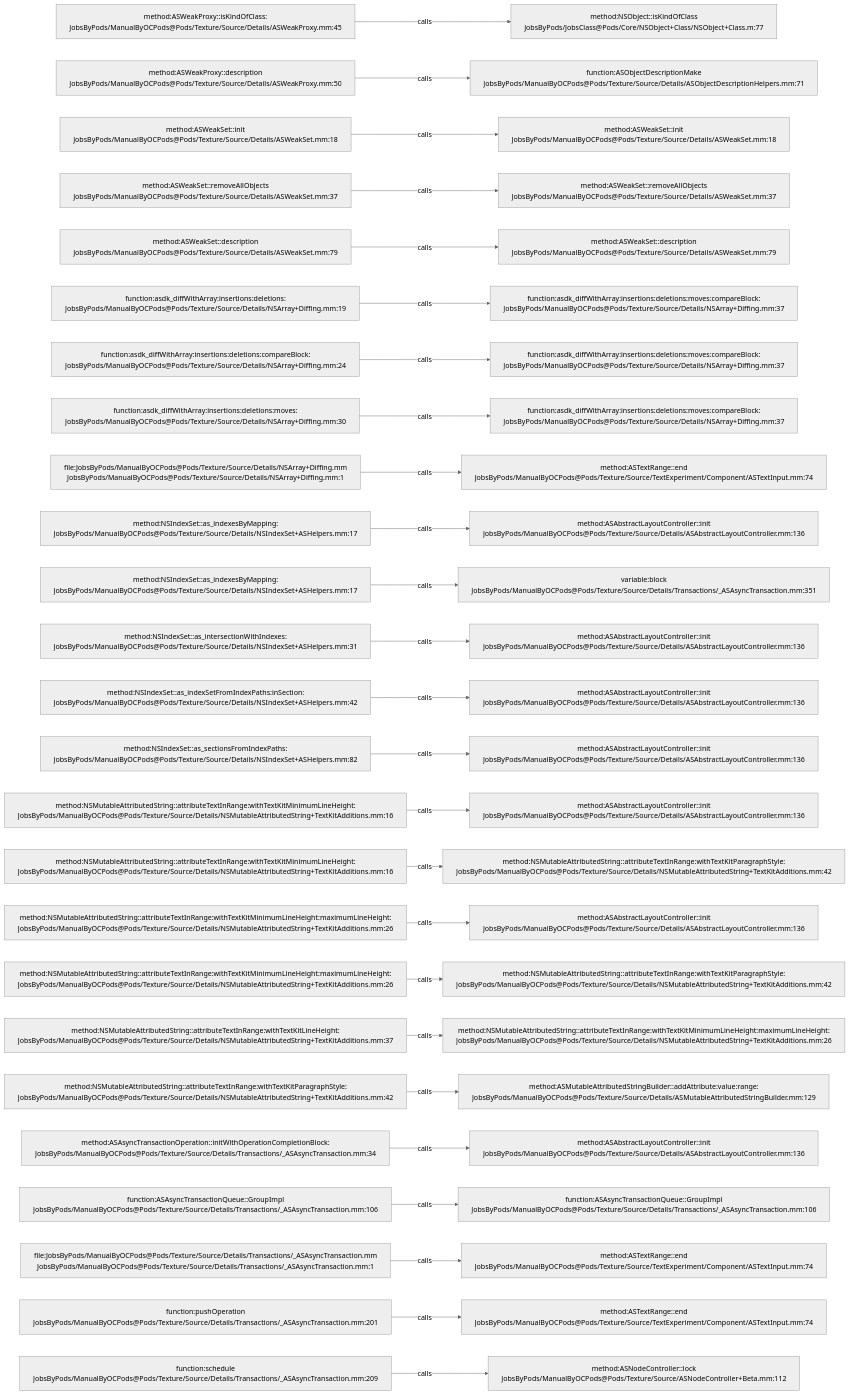
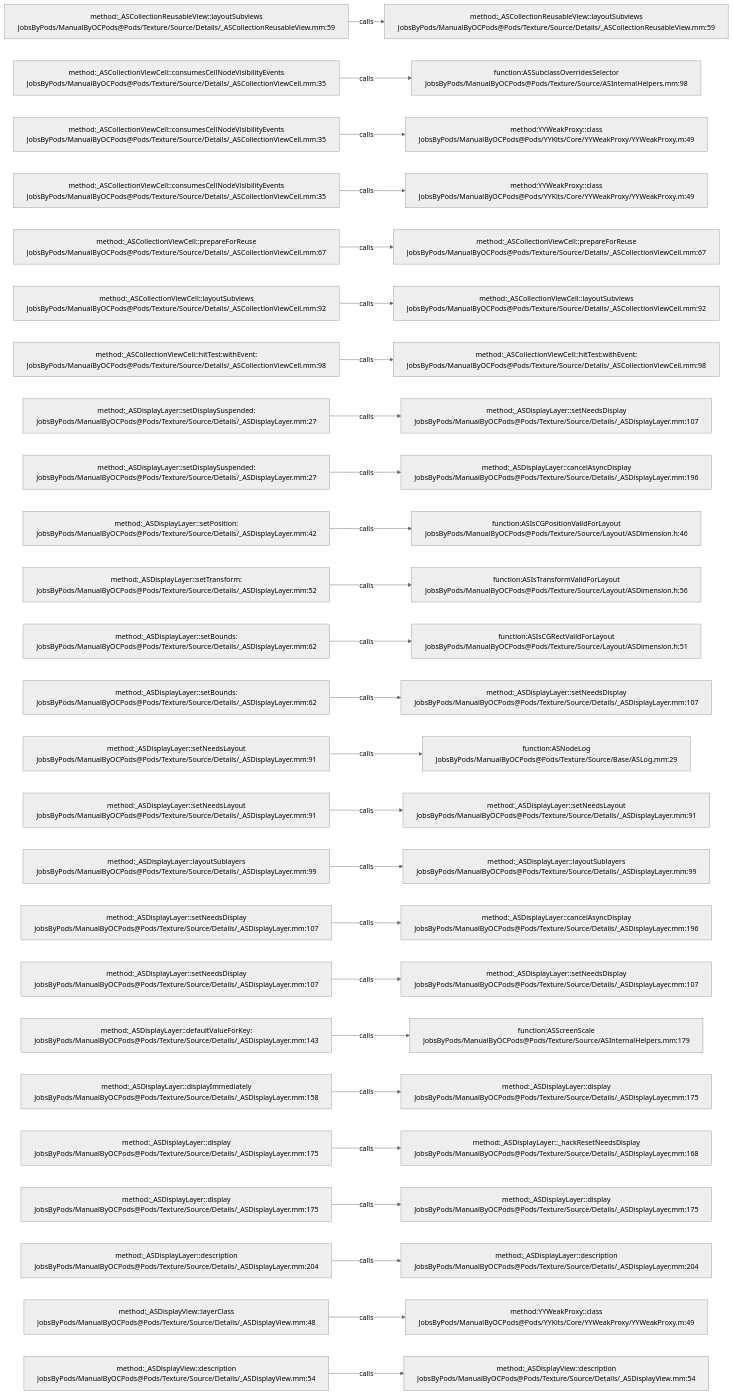
Before and after one commit to JobsKits/JobsOCBaseConfigDemo: the diagram in .codegraph/codegraph.md/graphs/calls-169.md, drawn with Mermaid (neutral theme). The commit also changed 1353 other files, not shown here.

````diff
--- a/.codegraph/codegraph.md/graphs/calls-169.md
+++ b/.codegraph/codegraph.md/graphs/calls-169.md
@@ -13,78 +13,78 @@
 ```mermaid
 flowchart LR
-  S1["method:ASWeakProxy::isKindOfClass:<br/>JobsByPods/ManualByOCPods@Pods/Texture/Source/Details/ASWeakProxy.mm:45"]
-  T1["method:NSObject::isKindOfClass<br/>JobsByPods/JobsClass@Pods/Core/NSObject+Class/NSObject+Class.m:77"]
+  S1["method:_ASCollectionReusableView::layoutSubviews<br/>JobsByPods/ManualByOCPods@Pods/Texture/Source/Details/_ASCollectionReusableView.mm:59"]
+  T1["method:_ASCollectionReusableView::layoutSubviews<br/>JobsByPods/ManualByOCPods@Pods/Texture/Source/Details/_ASCollectionReusableView.mm:59"]
   S1 -->|calls| T1
-  S2["method:ASWeakProxy::description<br/>JobsByPods/ManualByOCPods@Pods/Texture/Source/Details/ASWeakProxy.mm:50"]
-  T2["function:ASObjectDescriptionMake<br/>JobsByPods/ManualByOCPods@Pods/Texture/Source/Details/ASObjectDescriptionHelpers.mm:71"]
+  S2["method:_ASCollectionViewCell::consumesCellNodeVisibilityEvents<br/>JobsByPods/ManualByOCPods@Pods/Texture/Source/Details/_ASCollectionViewCell.mm:35"]
+  T2["function:ASSubclassOverridesSelector<br/>JobsByPods/ManualByOCPods@Pods/Texture/Source/ASInternalHelpers.mm:98"]
   S2 -->|calls| T2
-  S3["method:ASWeakSet::init<br/>JobsByPods/ManualByOCPods@Pods/Texture/Source/Details/ASWeakSet.mm:18"]
-  T3["method:ASWeakSet::init<br/>JobsByPods/ManualByOCPods@Pods/Texture/Source/Details/ASWeakSet.mm:18"]
+  S3["method:_ASCollectionViewCell::consumesCellNodeVisibilityEvents<br/>JobsByPods/ManualByOCPods@Pods/Texture/Source/Details/_ASCollectionViewCell.mm:35"]
+  T3["method:YYWeakProxy::class<br/>JobsByPods/ManualByOCPods@Pods/YYKits/Core/YYWeakProxy/YYWeakProxy.m:49"]
   S3 -->|calls| T3
-  S4["method:ASWeakSet::removeAllObjects<br/>JobsByPods/ManualByOCPods@Pods/Texture/Source/Details/ASWeakSet.mm:37"]
-  T4["method:ASWeakSet::removeAllObjects<br/>JobsByPods/ManualByOCPods@Pods/Texture/Source/Details/ASWeakSet.mm:37"]
+  S4["method:_ASCollectionViewCell::consumesCellNodeVisibilityEvents<br/>JobsByPods/ManualByOCPods@Pods/Texture/Source/Details/_ASCollectionViewCell.mm:35"]
+  T4["method:YYWeakProxy::class<br/>JobsByPods/ManualByOCPods@Pods/YYKits/Core/YYWeakProxy/YYWeakProxy.m:49"]
   S4 -->|calls| T4
-  S5["method:ASWeakSet::description<br/>JobsByPods/ManualByOCPods@Pods/Texture/Source/Details/ASWeakSet.mm:79"]
-  T5["method:ASWeakSet::description<br/>JobsByPods/ManualByOCPods@Pods/Texture/Source/Details/ASWeakSet.mm:79"]
+  S5["method:_ASCollectionViewCell::prepareForReuse<br/>JobsByPods/ManualByOCPods@Pods/Texture/Source/Details/_ASCollectionViewCell.mm:67"]
+  T5["method:_ASCollectionViewCell::prepareForReuse<br/>JobsByPods/ManualByOCPods@Pods/Texture/Source/Details/_ASCollectionViewCell.mm:67"]
   S5 -->|calls| T5
-  S6["function:asdk_diffWithArray:insertions:deletions:<br/>JobsByPods/ManualByOCPods@Pods/Texture/Source/Details/NSArray+Diffing.mm:19"]
-  T6["function:asdk_diffWithArray:insertions:deletions:moves:compareBlock:<br/>JobsByPods/ManualByOCPods@Pods/Texture/Source/Details/NSArray+Diffing.mm:37"]
+  S6["method:_ASCollectionViewCell::layoutSubviews<br/>JobsByPods/ManualByOCPods@Pods/Texture/Source/Details/_ASCollectionViewCell.mm:92"]
+  T6["method:_ASCollectionViewCell::layoutSubviews<br/>JobsByPods/ManualByOCPods@Pods/Texture/Source/Details/_ASCollectionViewCell.mm:92"]
   S6 -->|calls| T6
-  S7["function:asdk_diffWithArray:insertions:deletions:compareBlock:<br/>JobsByPods/ManualByOCPods@Pods/Texture/Source/Details/NSArray+Diffing.mm:24"]
-  T7["function:asdk_diffWithArray:insertions:deletions:moves:compareBlock:<br/>JobsByPods/ManualByOCPods@Pods/Texture/Source/Details/NSArray+Diffing.mm:37"]
+  S7["method:_ASCollectionViewCell::hitTest:withEvent:<br/>JobsByPods/ManualByOCPods@Pods/Texture/Source/Details/_ASCollectionViewCell.mm:98"]
+  T7["method:_ASCollectionViewCell::hitTest:withEvent:<br/>JobsByPods/ManualByOCPods@Pods/Texture/Source/Details/_ASCollectionViewCell.mm:98"]
   S7 -->|calls| T7
-  S8["function:asdk_diffWithArray:insertions:deletions:moves:<br/>JobsByPods/ManualByOCPods@Pods/Texture/Source/Details/NSArray+Diffing.mm:30"]
-  T8["function:asdk_diffWithArray:insertions:deletions:moves:compareBlock:<br/>JobsByPods/ManualByOCPods@Pods/Texture/Source/Details/NSArray+Diffing.mm:37"]
+  S8["method:_ASDisplayLayer::setDisplaySuspended:<br/>JobsByPods/ManualByOCPods@Pods/Texture/Source/Details/_ASDisplayLayer.mm:27"]
+  T8["method:_ASDisplayLayer::setNeedsDisplay<br/>JobsByPods/ManualByOCPods@Pods/Texture/Source/Details/_ASDisplayLayer.mm:107"]
   S8 -->|calls| T8
-  S9["file:JobsByPods/ManualByOCPods@Pods/Texture/Source/Details/NSArray+Diffing.mm<br/>JobsByPods/ManualByOCPods@Pods/Texture/Source/Details/NSArray+Diffing.mm:1"]
-  T9["method:ASTextRange::end<br/>JobsByPods/ManualByOCPods@Pods/Texture/Source/TextExperiment/Component/ASTextInput.mm:74"]
+  S9["method:_ASDisplayLayer::setDisplaySuspended:<br/>JobsByPods/ManualByOCPods@Pods/Texture/Source/Details/_ASDisplayLayer.mm:27"]
+  T9["method:_ASDisplayLayer::cancelAsyncDisplay<br/>JobsByPods/ManualByOCPods@Pods/Texture/Source/Details/_ASDisplayLayer.mm:196"]
   S9 -->|calls| T9
-  S10["method:NSIndexSet::as_indexesByMapping:<br/>JobsByPods/ManualByOCPods@Pods/Texture/Source/Details/NSIndexSet+ASHelpers.mm:17"]
-  T10["method:ASAbstractLayoutController::init<br/>JobsByPods/ManualByOCPods@Pods/Texture/Source/Details/ASAbstractLayoutController.mm:136"]
+  S10["method:_ASDisplayLayer::setPosition:<br/>JobsByPods/ManualByOCPods@Pods/Texture/Source/Details/_ASDisplayLayer.mm:42"]
+  T10["function:ASIsCGPositionValidForLayout<br/>JobsByPods/ManualByOCPods@Pods/Texture/Source/Layout/ASDimension.h:46"]
   S10 -->|calls| T10
-  S11["method:NSIndexSet::as_indexesByMapping:<br/>JobsByPods/ManualByOCPods@Pods/Texture/Source/Details/NSIndexSet+ASHelpers.mm:17"]
-  T11["variable:block<br/>JobsByPods/ManualByOCPods@Pods/Texture/Source/Details/Transactions/_ASAsyncTransaction.mm:351"]
+  S11["method:_ASDisplayLayer::setTransform:<br/>JobsByPods/ManualByOCPods@Pods/Texture/Source/Details/_ASDisplayLayer.mm:52"]
+  T11["function:ASIsTransformValidForLayout<br/>JobsByPods/ManualByOCPods@Pods/Texture/Source/Layout/ASDimension.h:56"]
   S11 -->|calls| T11
-  S12["method:NSIndexSet::as_intersectionWithIndexes:<br/>JobsByPods/ManualByOCPods@Pods/Texture/Source/Details/NSIndexSet+ASHelpers.mm:31"]
-  T12["method:ASAbstractLayoutController::init<br/>JobsByPods/ManualByOCPods@Pods/Texture/Source/Details/ASAbstractLayoutController.mm:136"]
+  S12["method:_ASDisplayLayer::setBounds:<br/>JobsByPods/ManualByOCPods@Pods/Texture/Source/Details/_ASDisplayLayer.mm:62"]
+  T12["function:ASIsCGRectValidForLayout<br/>JobsByPods/ManualByOCPods@Pods/Texture/Source/Layout/ASDimension.h:51"]
   S12 -->|calls| T12
-  S13["method:NSIndexSet::as_indexSetFromIndexPaths:inSection:<br/>JobsByPods/ManualByOCPods@Pods/Texture/Source/Details/NSIndexSet+ASHelpers.mm:42"]
-  T13["method:ASAbstractLayoutController::init<br/>JobsByPods/ManualByOCPods@Pods/Texture/Source/Details/ASAbstractLayoutController.mm:136"]
+  S13["method:_ASDisplayLayer::setBounds:<br/>JobsByPods/ManualByOCPods@Pods/Texture/Source/Details/_ASDisplayLayer.mm:62"]
+  T13["method:_ASDisplayLayer::setNeedsDisplay<br/>JobsByPods/ManualByOCPods@Pods/Texture/Source/Details/_ASDisplayLayer.mm:107"]
   S13 -->|calls| T13
-  S14["method:NSIndexSet::as_sectionsFromIndexPaths:<br/>JobsByPods/ManualByOCPods@Pods/Texture/Source/Details/NSIndexSet+ASHelpers.mm:82"]
-  T14["method:ASAbstractLayoutController::init<br/>JobsByPods/ManualByOCPods@Pods/Texture/Source/Details/ASAbstractLayoutController.mm:136"]
+  S14["method:_ASDisplayLayer::setNeedsLayout<br/>JobsByPods/ManualByOCPods@Pods/Texture/Source/Details/_ASDisplayLayer.mm:91"]
+  T14["function:ASNodeLog<br/>JobsByPods/ManualByOCPods@Pods/Texture/Source/Base/ASLog.mm:29"]
   S14 -->|calls| T14
-  S15["method:NSMutableAttributedString::attributeTextInRange:withTextKitMinimumLineHeight:<br/>JobsByPods/ManualByOCPods@Pods/Texture/Source/Details/NSMutableAttributedString+TextKitAdditions.mm:16"]
-  T15["method:ASAbstractLayoutController::init<br/>JobsByPods/ManualByOCPods@Pods/Texture/Source/Details/ASAbstractLayoutController.mm:136"]
+  S15["method:_ASDisplayLayer::setNeedsLayout<br/>JobsByPods/ManualByOCPods@Pods/Texture/Source/Details/_ASDisplayLayer.mm:91"]
+  T15["method:_ASDisplayLayer::setNeedsLayout<br/>JobsByPods/ManualByOCPods@Pods/Texture/Source/Details/_ASDisplayLayer.mm:91"]
   S15 -->|calls| T15
-  S16["method:NSMutableAttributedString::attributeTextInRange:withTextKitMinimumLineHeight:<br/>JobsByPods/ManualByOCPods@Pods/Texture/Source/Details/NSMutableAttributedString+TextKitAdditions.mm:16"]
-  T16["method:NSMutableAttributedString::attributeTextInRange:withTextKitParagraphStyle:<br/>JobsByPods/ManualByOCPods@Pods/Texture/Source/Details/NSMutableAttributedString+TextKitAdditions.mm:42"]
+  S16["method:_ASDisplayLayer::layoutSublayers<br/>JobsByPods/ManualByOCPods@Pods/Texture/Source/Details/_ASDisplayLayer.mm:99"]
+  T16["method:_ASDisplayLayer::layoutSublayers<br/>JobsByPods/ManualByOCPods@Pods/Texture/Source/Details/_ASDisplayLayer.mm:99"]
   S16 -->|calls| T16
-  S17["method:NSMutableAttributedString::attributeTextInRange:withTextKitMinimumLineHeight:maximumLineHeight:<br/>JobsByPods/ManualByOCPods@Pods/Texture/Source/Details/NSMutableAttributedString+TextKitAdditions.mm:26"]
-  T17["method:ASAbstractLayoutController::init<br/>JobsByPods/ManualByOCPods@Pods/Texture/Source/Details/ASAbstractLayoutController.mm:136"]
+  S17["method:_ASDisplayLayer::setNeedsDisplay<br/>JobsByPods/ManualByOCPods@Pods/Texture/Source/Details/_ASDisplayLayer.mm:107"]
+  T17["method:_ASDisplayLayer::cancelAsyncDisplay<br/>JobsByPods/ManualByOCPods@Pods/Texture/Source/Details/_ASDisplayLayer.mm:196"]
   S17 -->|calls| T17
-  S18["method:NSMutableAttributedString::attributeTextInRange:withTextKitMinimumLineHeight:maximumLineHeight:<br/>JobsByPods/ManualByOCPods@Pods/Texture/Source/Details/NSMutableAttributedString+TextKitAdditions.mm:26"]
-  T18["method:NSMutableAttributedString::attributeTextInRange:withTextKitParagraphStyle:<br/>JobsByPods/ManualByOCPods@Pods/Texture/Source/Details/NSMutableAttributedString+TextKitAdditions.mm:42"]
+  S18["method:_ASDisplayLayer::setNeedsDisplay<br/>JobsByPods/ManualByOCPods@Pods/Texture/Source/Details/_ASDisplayLayer.mm:107"]
+  T18["method:_ASDisplayLayer::setNeedsDisplay<br/>JobsByPods/ManualByOCPods@Pods/Texture/Source/Details/_ASDisplayLayer.mm:107"]
   S18 -->|calls| T18
-  S19["method:NSMutableAttributedString::attributeTextInRange:withTextKitLineHeight:<br/>JobsByPods/ManualByOCPods@Pods/Texture/Source/Details/NSMutableAttributedString+TextKitAdditions.mm:37"]
-  T19["method:NSMutableAttributedString::attributeTextInRange:withTextKitMinimumLineHeight:maximumLineHeight:<br/>JobsByPods/ManualByOCPods@Pods/Texture/Source/Details/NSMutableAttributedString+TextKitAdditions.mm:26"]
+  S19["method:_ASDisplayLayer::defaultValueForKey:<br/>JobsByPods/ManualByOCPods@Pods/Texture/Source/Details/_ASDisplayLayer.mm:143"]
+  T19["function:ASScreenScale<br/>JobsByPods/ManualByOCPods@Pods/Texture/Source/ASInternalHelpers.mm:179"]
   S19 -->|calls| T19
-  S20["method:NSMutableAttributedString::attributeTextInRange:withTextKitParagraphStyle:<br/>JobsByPods/ManualByOCPods@Pods/Texture/Source/Details/NSMutableAttributedString+TextKitAdditions.mm:42"]
-  T20["method:ASMutableAttributedStringBuilder::addAttribute:value:range:<br/>JobsByPods/ManualByOCPods@Pods/Texture/Source/Details/ASMutableAttributedStringBuilder.mm:129"]
+  S20["method:_ASDisplayLayer::displayImmediately<br/>JobsByPods/ManualByOCPods@Pods/Texture/Source/Details/_ASDisplayLayer.mm:158"]
+  T20["method:_ASDisplayLayer::display<br/>JobsByPods/ManualByOCPods@Pods/Texture/Source/Details/_ASDisplayLayer.mm:175"]
   S20 -->|calls| T20
-  S21["method:ASAsyncTransactionOperation::initWithOperationCompletionBlock:<br/>JobsByPods/ManualByOCPods@Pods/Texture/Source/Details/Transactions/_ASAsyncTransaction.mm:34"]
-  T21["method:ASAbstractLayoutController::init<br/>JobsByPods/ManualByOCPods@Pods/Texture/Source/Details/ASAbstractLayoutController.mm:136"]
+  S21["method:_ASDisplayLayer::display<br/>JobsByPods/ManualByOCPods@Pods/Texture/Source/Details/_ASDisplayLayer.mm:175"]
+  T21["method:_ASDisplayLayer::_hackResetNeedsDisplay<br/>JobsByPods/ManualByOCPods@Pods/Texture/Source/Details/_ASDisplayLayer.mm:168"]
   S21 -->|calls| T21
-  S22["function:ASAsyncTransactionQueue::GroupImpl<br/>JobsByPods/ManualByOCPods@Pods/Texture/Source/Details/Transactions/_ASAsyncTransaction.mm:106"]
-  T22["function:ASAsyncTransactionQueue::GroupImpl<br/>JobsByPods/ManualByOCPods@Pods/Texture/Source/Details/Transactions/_ASAsyncTransaction.mm:106"]
+  S22["method:_ASDisplayLayer::display<br/>JobsByPods/ManualByOCPods@Pods/Texture/Source/Details/_ASDisplayLayer.mm:175"]
+  T22["method:_ASDisplayLayer::display<br/>JobsByPods/ManualByOCPods@Pods/Texture/Source/Details/_ASDisplayLayer.mm:175"]
   S22 -->|calls| T22
-  S23["file:JobsByPods/ManualByOCPods@Pods/Texture/Source/Details/Transactions/_ASAsyncTransaction.mm<br/>JobsByPods/ManualByOCPods@Pods/Texture/Source/Details/Transactions/_ASAsyncTransaction.mm:1"]
-  T23["method:ASTextRange::end<br/>JobsByPods/ManualByOCPods@Pods/Texture/Source/TextExperiment/Component/ASTextInput.mm:74"]
+  S23["method:_ASDisplayLayer::description<br/>JobsByPods/ManualByOCPods@Pods/Texture/Source/Details/_ASDisplayLayer.mm:204"]
+  T23["method:_ASDisplayLayer::description<br/>JobsByPods/ManualByOCPods@Pods/Texture/Source/Details/_ASDisplayLayer.mm:204"]
   S23 -->|calls| T23
-  S24["function:pushOperation<br/>JobsByPods/ManualByOCPods@Pods/Texture/Source/Details/Transactions/_ASAsyncTransaction.mm:201"]
-  T24["method:ASTextRange::end<br/>JobsByPods/ManualByOCPods@Pods/Texture/Source/TextExperiment/Component/ASTextInput.mm:74"]
+  S24["method:_ASDisplayView::layerClass<br/>JobsByPods/ManualByOCPods@Pods/Texture/Source/Details/_ASDisplayView.mm:48"]
+  T24["method:YYWeakProxy::class<br/>JobsByPods/ManualByOCPods@Pods/YYKits/Core/YYWeakProxy/YYWeakProxy.m:49"]
   S24 -->|calls| T24
-  S25["function:schedule<br/>JobsByPods/ManualByOCPods@Pods/Texture/Source/Details/Transactions/_ASAsyncTransaction.mm:209"]
-  T25["method:ASNodeController::lock<br/>JobsByPods/ManualByOCPods@Pods/Texture/Source/ASNodeController+Beta.mm:112"]
+  S25["method:_ASDisplayView::description<br/>JobsByPods/ManualByOCPods@Pods/Texture/Source/Details/_ASDisplayView.mm:54"]
+  T25["method:_ASDisplayView::description<br/>JobsByPods/ManualByOCPods@Pods/Texture/Source/Details/_ASDisplayView.mm:54"]
   S25 -->|calls| T25
 ```
````
